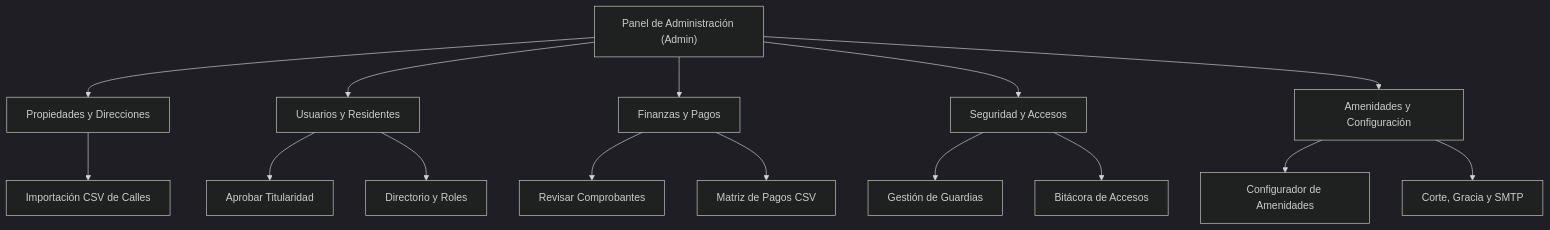
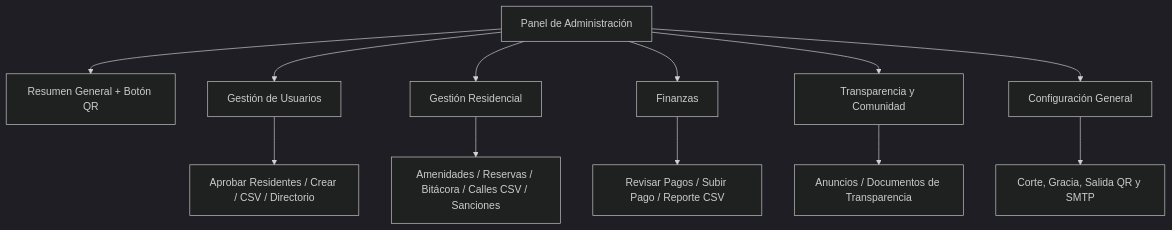
One commit to danms07/SuburbanLife changed the first of 2 diagrams in docs/admin_user_manual_es.md. Above: the diagram before and after it, drawn with Mermaid (dark theme). The commit also changed other lines of this file and 96 other files, not shown here.

````diff
--- a/docs/admin_user_manual_es.md
+++ b/docs/admin_user_manual_es.md
@@ -44,18 +49,15 @@
 ```mermaid
 flowchart TD
-    Admin["Panel de Administración (Admin)"] --> Prop["Propiedades y Direcciones"]
-    Admin --> Users["Usuarios y Residentes"]
-    Admin --> Fin["Finanzas y Pagos"]
-    Admin --> Sec["Seguridad y Accesos"]
-    Admin --> Amen["Amenidades y Configuración"]
+    Shell["Panel de Administración"] --> Ov["Resumen General + Botón QR"]
+    Shell --> UM["Gestión de Usuarios"]
+    Shell --> RM["Gestión Residencial"]
+    Shell --> Fin["Finanzas"]
+    Shell --> TC["Transparencia y Comunidad"]
+    Shell --> GS["Configuración General"]
 
-    Prop --> CSVAddr["Importación CSV de Calles"]
-    Users --> ApproveRes["Aprobar Titularidad"]
-    Users --> DirRoles["Directorio y Roles"]
-    Fin --> ApprovePay["Revisar Comprobantes"]
-    Fin --> MatrixCSV["Matriz de Pagos CSV"]
-    Sec --> Guards["Gestión de Guardias"]
-    Sec --> Logs["Bitácora de Accesos"]
-    Amen --> FacConfig["Configurador de Amenidades"]
-    Amen --> SysConfig["Corte, Gracia y SMTP"]
+    UM --> UM1["Aprobar Residentes / Crear / CSV / Directorio"]
+    RM --> RM1["Amenidades / Reservas / Bitácora / Calles CSV / Sanciones"]
+    Fin --> Fin1["Revisar Pagos / Subir Pago / Reporte CSV"]
+    TC --> TC1["Anuncios / Documentos de Transparencia"]
+    GS --> GS1["Corte, Gracia, Salida QR y SMTP"]
 ```
````
